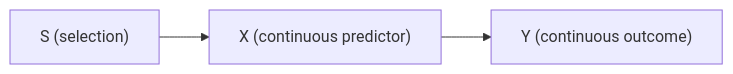
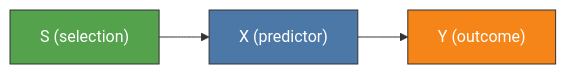
The first of 4 diagrams in scripts/Simulation_study.qmd (bastienchassagnol/convenience-sampling-bias-simulation), drawn with Mermaid before and after one commit. The commit also changed other lines of this file and 5 other files, not shown here.

````diff
--- a/scripts/Simulation_study.qmd
+++ b/scripts/Simulation_study.qmd
@@ -78,7 +80,13 @@
 ```{mermaid}
 %%| label: fig-sampling-dag
-%%| fig-cap: "Selection DAG: S influences the observed distribution of X; X influences Y."
+%%| fig-cap: "Selection DAG: S influences the observed distribution of X; X influences Y (colours: predictor, outcome, selection)."
 flowchart LR
-  S["S (selection)"] --> X["X (continuous predictor)"]
-  X --> Y["Y (continuous outcome)"]
+  S["S (selection)"] --> X["X (predictor)"]
+  X --> Y["Y (outcome)"]
+  classDef predictor fill:#4C78A8,color:#fff,stroke:#333
+  classDef outcome fill:#F58518,color:#fff,stroke:#333
+  classDef selection fill:#54A24B,color:#fff,stroke:#333
+  class X predictor
+  class Y outcome
+  class S selection
 ```
````
